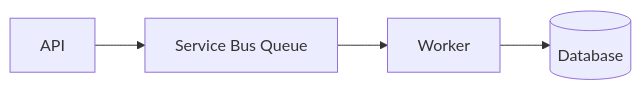
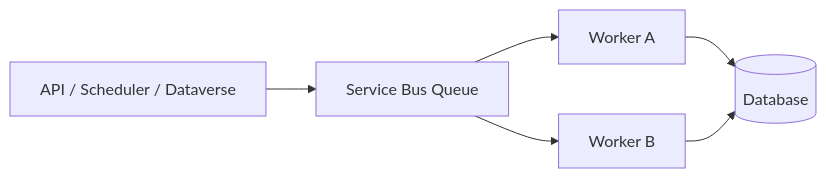
One commit to brunsdon/azure-services-cheat-sheet changed the second of 8 diagrams in docs/architecture-patterns.md. Above: the diagram before and after it, drawn with Mermaid. The commit also changed other lines of this file and 17 other files, not shown here.

Commit message:
Polish Azure architecture field guide

````diff
--- a/docs/architecture-patterns.md
+++ b/docs/architecture-patterns.md
@@ -11,6 +59,8 @@
 ```mermaid
 flowchart LR
-    api[API] --> queue[Service Bus Queue]
-    queue --> worker[Worker]
-    worker --> db[(Database)]
+    producer[API / Scheduler / Dataverse] --> queue[Service Bus Queue]
+    queue --> workerA[Worker A]
+    queue --> workerB[Worker B]
+    workerA --> db[(Database)]
+    workerB --> db
 ```
````
